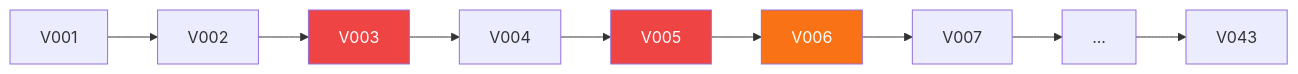
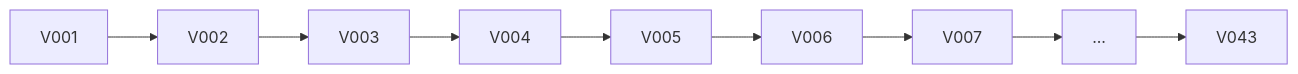
Before and after one commit to Almaju/blog: the first of 6 diagrams in content/docs/infrastructure/1-migrations.mdx, drawn with Mermaid. The commit also changed other lines of this file, not shown here.

````diff
--- a/content/docs/infrastructure/1-migrations.mdx
+++ b/content/docs/infrastructure/1-migrations.mdx
@@ -33,9 +33,9 @@
 ```mermaid
 graph LR
     V001 --> V002 --> V003 --> V004 --> V005 --> V006
     V006 --> V007 --> V008["..."] --> V043["V043"]
 
-    style V005 fill:#ef4444,color:#fff
-    style V003 fill:#ef4444,color:#fff
-    style V006 fill:#f97316,color:#fff
+    class V003 red
+    class V005 red
+    class V006 orange
 ```
````
